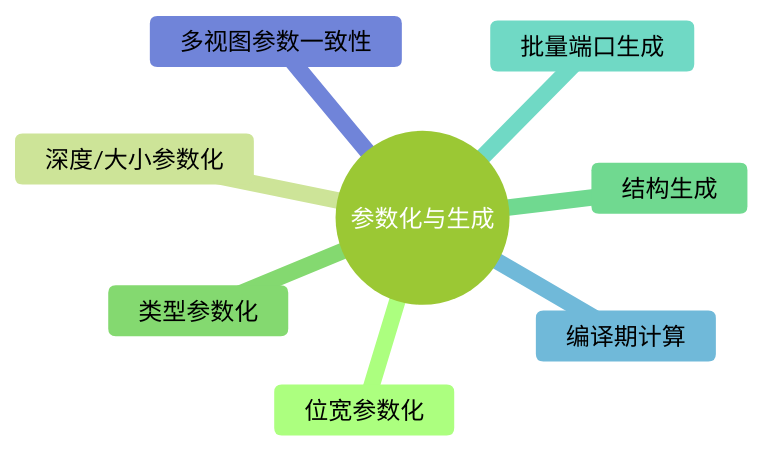
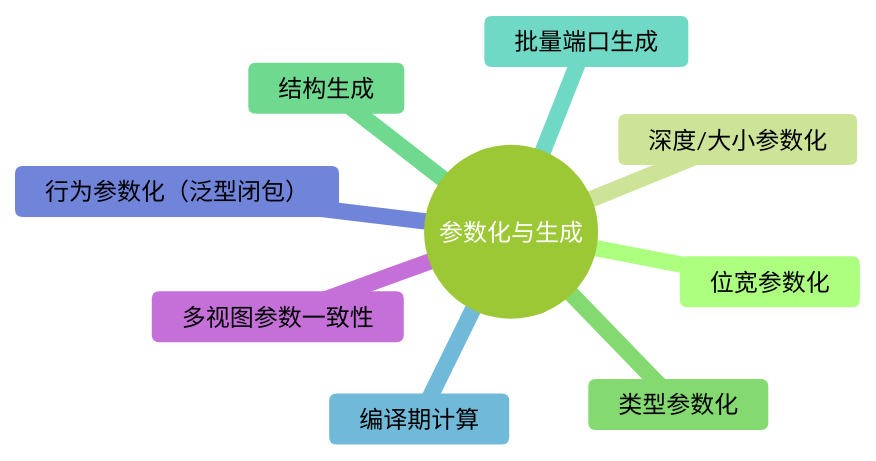
The first of 7 diagrams in docs/requirements/10. 参数化与生成.md (TangCan/bitloom), drawn with Mermaid (forest theme) before and after one commit. The commit also changed other lines of this file and 17 other files, not shown here.

````diff
--- a/docs/requirements/10. 参数化与生成.md
+++ b/docs/requirements/10. 参数化与生成.md
@@ -11,12 +11,12 @@
 ```mermaid
 mindmap
   root((参数化与生成))
     位宽参数化
     深度/大小参数化
     类型参数化
     结构生成
     批量端口生成
     编译期计算
+    行为参数化（泛型闭包）
     多视图参数一致性
-
 ```
````
